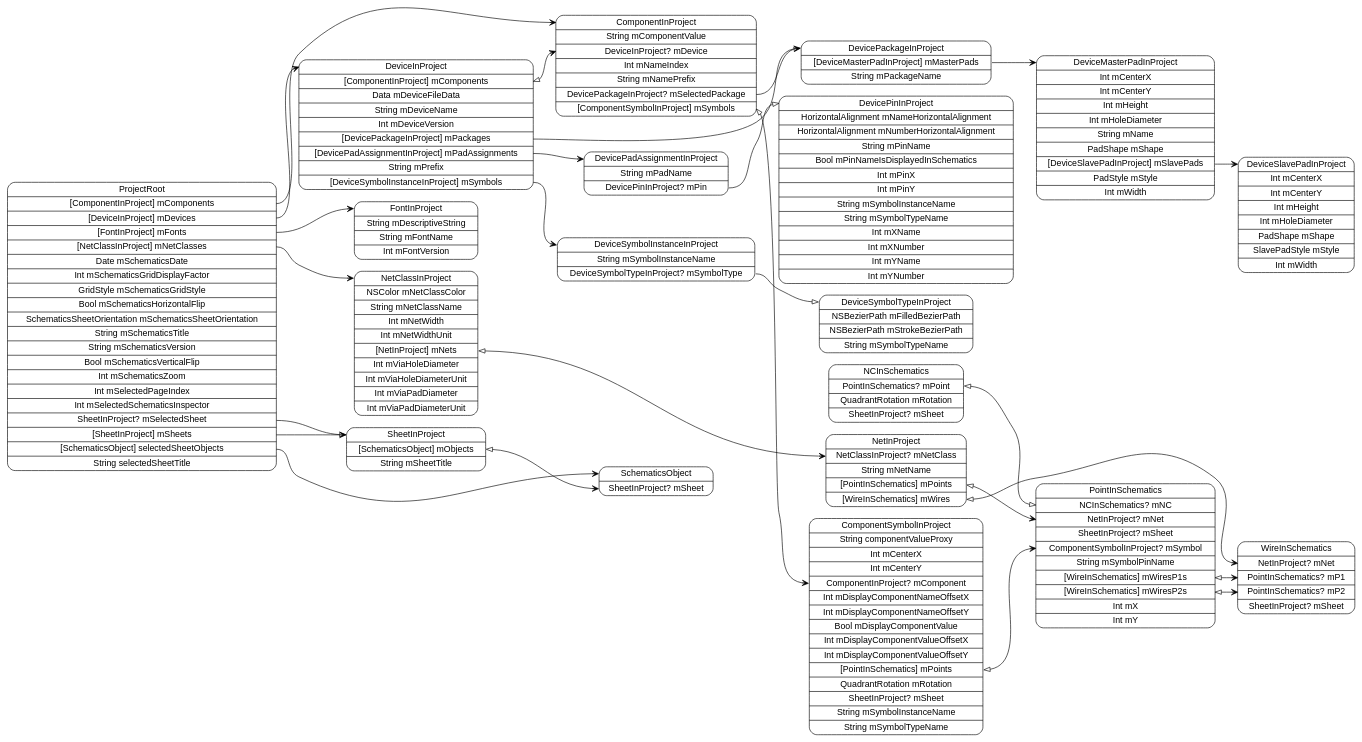
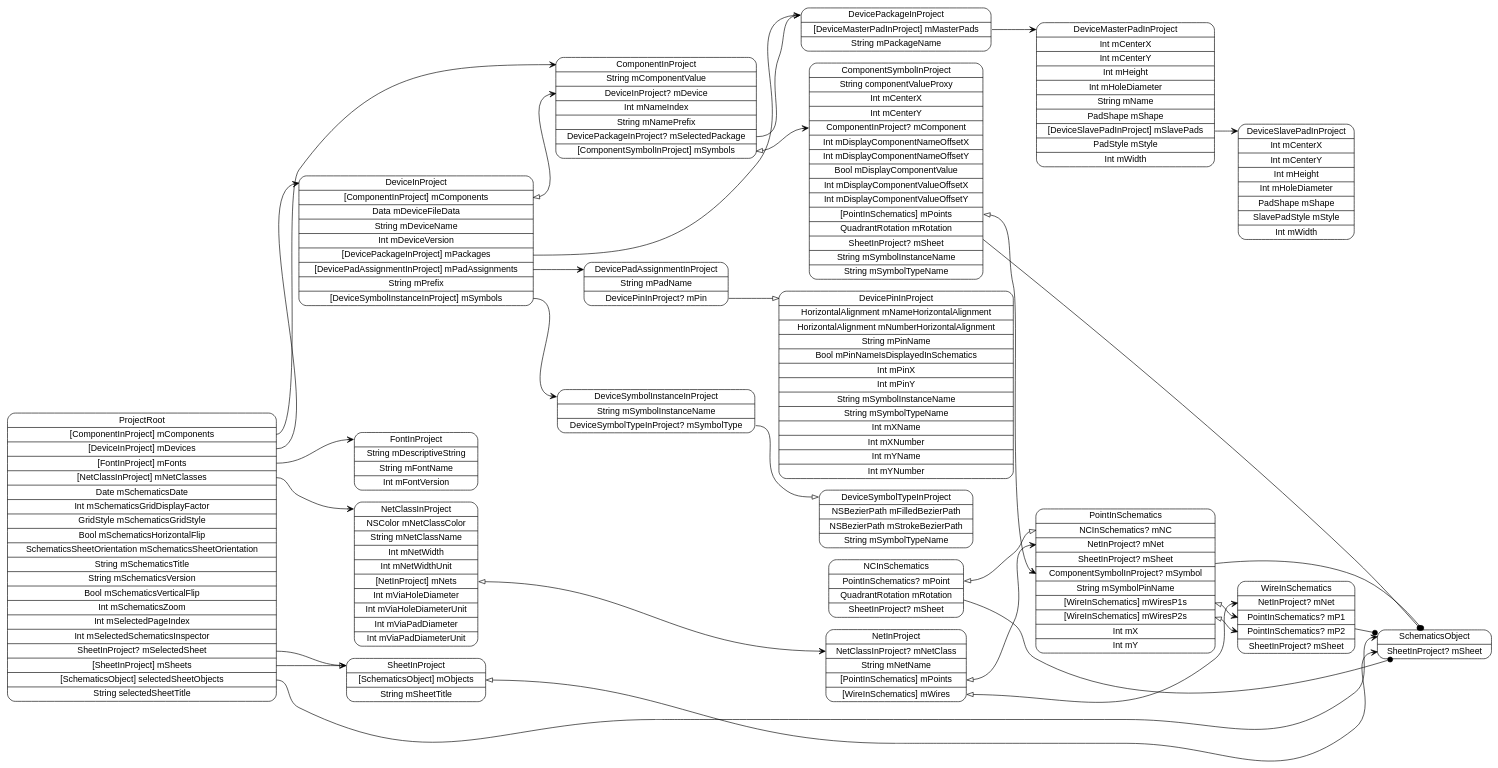
The diagram in models/ProjectRoot.dot (pierremolinaro/ElCanari-dev), drawn with Graphviz before and after one commit. The commit also changed 67 other files, not shown here.

```diff
--- a/models/ProjectRoot.dot
+++ b/models/ProjectRoot.dot
@@ -1,48 +1,52 @@
 digraph G {
   rankdir=LR ;
   node [shape=record fontname=helvetica style=rounded] ;
   ProjectRoot[label="<ProjectRoot>ProjectRoot|<mComponents>[ComponentInProject] mComponents|<mDevices>[DeviceInProject] mDevices|<mFonts>[FontInProject] mFonts|<mNetClasses>[NetClassInProject] mNetClasses|Date mSchematicsDate|Int mSchematicsGridDisplayFactor|GridStyle mSchematicsGridStyle|Bool mSchematicsHorizontalFlip|SchematicsSheetOrientation mSchematicsSheetOrientation|String mSchematicsTitle|String mSchematicsVersion|Bool mSchematicsVerticalFlip|Int mSchematicsZoom|Int mSelectedPageIndex|Int mSelectedSchematicsInspector|<mSelectedSheet>SheetInProject? mSelectedSheet|<mSheets>[SheetInProject] mSheets|<selectedSheetObjects>[SchematicsObject] selectedSheetObjects|String selectedSheetTitle"] ;
   SchematicsObject[label="<SchematicsObject>SchematicsObject|<mSheet>SheetInProject? mSheet"] ;
   SheetInProject[label="<SheetInProject>SheetInProject|<mObjects>[SchematicsObject] mObjects|String mSheetTitle"] ;
   NetClassInProject[label="<NetClassInProject>NetClassInProject|NSColor mNetClassColor|String mNetClassName|Int mNetWidth|Int mNetWidthUnit|<mNets>[NetInProject] mNets|Int mViaHoleDiameter|Int mViaHoleDiameterUnit|Int mViaPadDiameter|Int mViaPadDiameterUnit"] ;
   NetInProject[label="<NetInProject>NetInProject|<mNetClass>NetClassInProject? mNetClass|String mNetName|<mPoints>[PointInSchematics] mPoints|<mWires>[WireInSchematics] mWires"] ;
   WireInSchematics[label="<WireInSchematics>WireInSchematics|<mNet>NetInProject? mNet|<mP1>PointInSchematics? mP1|<mP2>PointInSchematics? mP2|<mSheet>SheetInProject? mSheet"] ;
   PointInSchematics[label="<PointInSchematics>PointInSchematics|<mNC>NCInSchematics? mNC|<mNet>NetInProject? mNet|<mSheet>SheetInProject? mSheet|<mSymbol>ComponentSymbolInProject? mSymbol|String mSymbolPinName|<mWiresP1s>[WireInSchematics] mWiresP1s|<mWiresP2s>[WireInSchematics] mWiresP2s|Int mX|Int mY"] ;
   NCInSchematics[label="<NCInSchematics>NCInSchematics|<mPoint>PointInSchematics? mPoint|QuadrantRotation mRotation|<mSheet>SheetInProject? mSheet"] ;
   FontInProject[label="<FontInProject>FontInProject|String mDescriptiveString|String mFontName|Int mFontVersion"] ;
   DeviceInProject[label="<DeviceInProject>DeviceInProject|<mComponents>[ComponentInProject] mComponents|Data mDeviceFileData|String mDeviceName|Int mDeviceVersion|<mPackages>[DevicePackageInProject] mPackages|<mPadAssignments>[DevicePadAssignmentInProject] mPadAssignments|String mPrefix|<mSymbols>[DeviceSymbolInstanceInProject] mSymbols"] ;
   DeviceSymbolInstanceInProject[label="<DeviceSymbolInstanceInProject>DeviceSymbolInstanceInProject|String mSymbolInstanceName|<mSymbolType>DeviceSymbolTypeInProject? mSymbolType"] ;
   DeviceSymbolTypeInProject[label="<DeviceSymbolTypeInProject>DeviceSymbolTypeInProject|NSBezierPath mFilledBezierPath|NSBezierPath mStrokeBezierPath|String mSymbolTypeName"] ;
   DevicePadAssignmentInProject[label="<DevicePadAssignmentInProject>DevicePadAssignmentInProject|String mPadName|<mPin>DevicePinInProject? mPin"] ;
   DevicePinInProject[label="<DevicePinInProject>DevicePinInProject|HorizontalAlignment mNameHorizontalAlignment|HorizontalAlignment mNumberHorizontalAlignment|String mPinName|Bool mPinNameIsDisplayedInSchematics|Int mPinX|Int mPinY|String mSymbolInstanceName|String mSymbolTypeName|Int mXName|Int mXNumber|Int mYName|Int mYNumber"] ;
   DevicePackageInProject[label="<DevicePackageInProject>DevicePackageInProject|<mMasterPads>[DeviceMasterPadInProject] mMasterPads|String mPackageName"] ;
   DeviceMasterPadInProject[label="<DeviceMasterPadInProject>DeviceMasterPadInProject|Int mCenterX|Int mCenterY|Int mHeight|Int mHoleDiameter|String mName|PadShape mShape|<mSlavePads>[DeviceSlavePadInProject] mSlavePads|PadStyle mStyle|Int mWidth"] ;
   DeviceSlavePadInProject[label="<DeviceSlavePadInProject>DeviceSlavePadInProject|Int mCenterX|Int mCenterY|Int mHeight|Int mHoleDiameter|PadShape mShape|SlavePadStyle mStyle|Int mWidth"] ;
   ComponentInProject[label="<ComponentInProject>ComponentInProject|String mComponentValue|<mDevice>DeviceInProject? mDevice|Int mNameIndex|String mNamePrefix|<mSelectedPackage>DevicePackageInProject? mSelectedPackage|<mSymbols>[ComponentSymbolInProject] mSymbols"] ;
   ComponentSymbolInProject[label="<ComponentSymbolInProject>ComponentSymbolInProject|String componentValueProxy|Int mCenterX|Int mCenterY|<mComponent>ComponentInProject? mComponent|Int mDisplayComponentNameOffsetX|Int mDisplayComponentNameOffsetY|Bool mDisplayComponentValue|Int mDisplayComponentValueOffsetX|Int mDisplayComponentValueOffsetY|<mPoints>[PointInSchematics] mPoints|QuadrantRotation mRotation|<mSheet>SheetInProject? mSheet|String mSymbolInstanceName|String mSymbolTypeName"] ;
   ProjectRoot:mComponents -> ComponentInProject:ComponentInProject [dir=both arrowtail=none arrowhead=vee] ;
   ProjectRoot:mDevices -> DeviceInProject:DeviceInProject [dir=both arrowtail=none arrowhead=vee] ;
   ProjectRoot:mFonts -> FontInProject:FontInProject [dir=both arrowtail=none arrowhead=vee] ;
   ProjectRoot:mNetClasses -> NetClassInProject:NetClassInProject [dir=both arrowtail=none arrowhead=vee] ;
   ProjectRoot:mSelectedSheet -> SheetInProject:SheetInProject [dir=both arrowtail=none arrowhead=onormal] ;
   ProjectRoot:mSheets -> SheetInProject:SheetInProject [dir=both arrowtail=none arrowhead=vee] ;
   ProjectRoot:selectedSheetObjects -> SchematicsObject:SchematicsObject [dir=both arrowtail=none arrowhead=vee] ;
   SheetInProject:mObjects -> SchematicsObject:mSheet [dir=both arrowtail=onormal arrowhead=vee] ;
   NetClassInProject:mNets -> NetInProject:mNetClass [dir=both arrowtail=onormal arrowhead=vee] ;
   NetInProject:mPoints -> PointInSchematics:mNet [dir=both arrowtail=onormal arrowhead=vee] ;
   NetInProject:mWires -> WireInSchematics:mNet [dir=both arrowtail=onormal arrowhead=vee] ;
+  WireInSchematics -> SchematicsObject [arrowhead=dot] ;
+  PointInSchematics -> SchematicsObject [arrowhead=dot] ;
   PointInSchematics:mWiresP1s -> WireInSchematics:mP1 [dir=both arrowtail=onormal arrowhead=vee] ;
   PointInSchematics:mWiresP2s -> WireInSchematics:mP2 [dir=both arrowtail=onormal arrowhead=vee] ;
+  NCInSchematics -> SchematicsObject [arrowhead=dot] ;
   NCInSchematics:mPoint -> PointInSchematics:mNC [dir=both arrowtail=onormal arrowhead=onormal] ;
   DeviceInProject:mComponents -> ComponentInProject:mDevice [dir=both arrowtail=onormal arrowhead=vee] ;
   DeviceInProject:mPackages -> DevicePackageInProject:DevicePackageInProject [dir=both arrowtail=none arrowhead=vee] ;
   DeviceInProject:mPadAssignments -> DevicePadAssignmentInProject:DevicePadAssignmentInProject [dir=both arrowtail=none arrowhead=vee] ;
   DeviceInProject:mSymbols -> DeviceSymbolInstanceInProject:DeviceSymbolInstanceInProject [dir=both arrowtail=none arrowhead=vee] ;
   DeviceSymbolInstanceInProject:mSymbolType -> DeviceSymbolTypeInProject:DeviceSymbolTypeInProject [dir=both arrowtail=none arrowhead=onormal] ;
   DevicePadAssignmentInProject:mPin -> DevicePinInProject:DevicePinInProject [dir=both arrowtail=none arrowhead=onormal] ;
   DevicePackageInProject:mMasterPads -> DeviceMasterPadInProject:DeviceMasterPadInProject [dir=both arrowtail=none arrowhead=vee] ;
   DeviceMasterPadInProject:mSlavePads -> DeviceSlavePadInProject:DeviceSlavePadInProject [dir=both arrowtail=none arrowhead=vee] ;
   ComponentInProject:mSelectedPackage -> DevicePackageInProject:DevicePackageInProject [dir=both arrowtail=none arrowhead=onormal] ;
   ComponentInProject:mSymbols -> ComponentSymbolInProject:mComponent [dir=both arrowtail=onormal arrowhead=vee] ;
+  ComponentSymbolInProject -> SchematicsObject [arrowhead=dot] ;
   ComponentSymbolInProject:mPoints -> PointInSchematics:mSymbol [dir=both arrowtail=onormal arrowhead=vee] ;
 }
```
